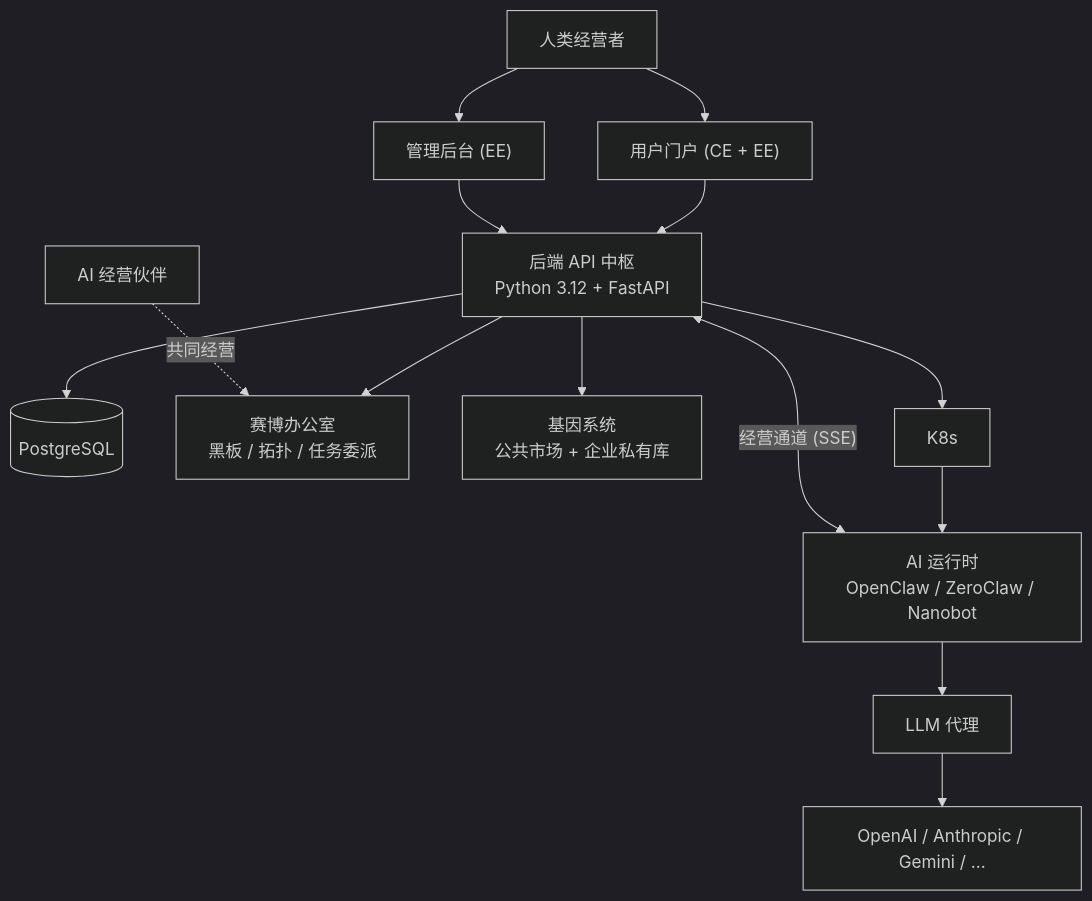
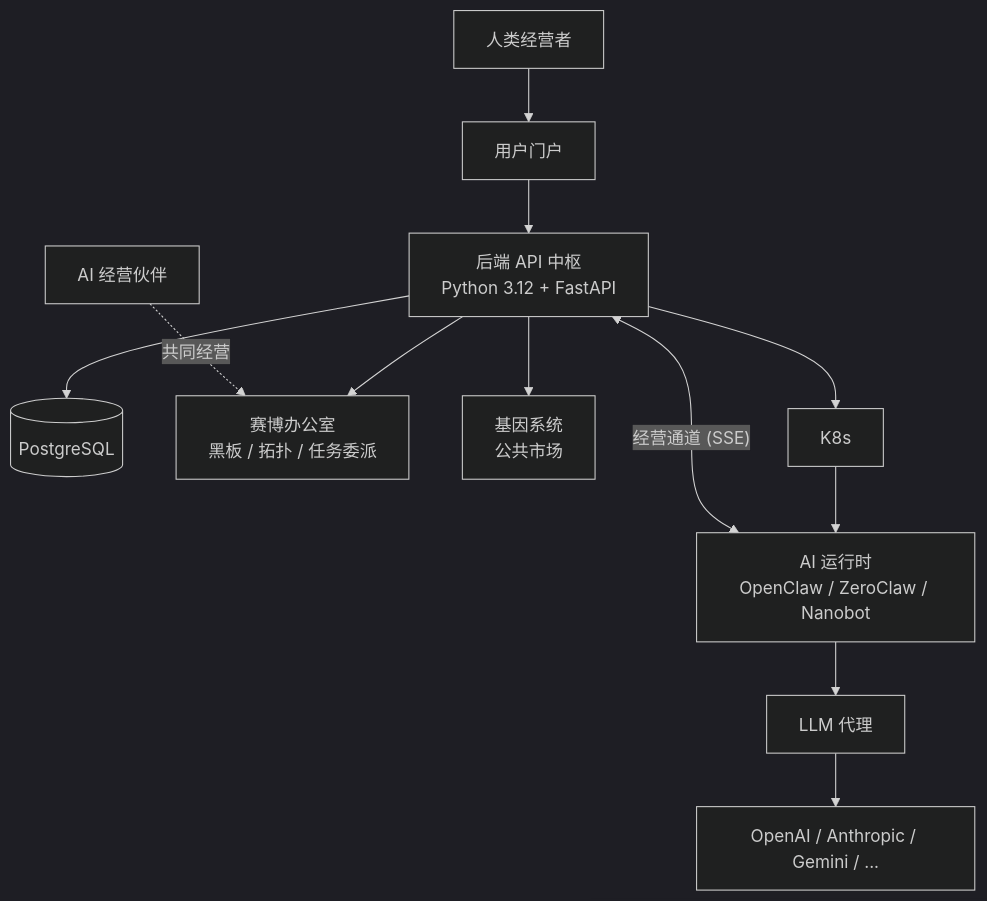
Before and after one commit to fengqiliang93/nodeskclaw: the diagram in README.zh-CN.md, drawn with Mermaid (dark theme). The commit also changed other lines of this file and 1 other file, not shown here.

````diff
--- a/README.zh-CN.md
+++ b/README.zh-CN.md
@@ -58,18 +42,16 @@
 ```mermaid
 graph TD
-    Human["人类经营者"] --> Portal["用户门户 (CE + EE)"]
-    Human --> AdminUI["管理后台 (EE)"]
+    Human["人类经营者"] --> Portal["用户门户"]
     Portal --> API["后端 API 中枢<br>Python 3.12 + FastAPI"]
-    AdminUI --> API
 
     API --> DB[(PostgreSQL)]
     API --> CW["赛博办公室<br>黑板 / 拓扑 / 任务委派"]
-    API --> Gene["基因系统<br>公共市场 + 企业私有库"]
+    API --> Gene["基因系统<br>公共市场"]
     API --> Compute["K8s"]
 
     Compute --> Runtime["AI 运行时<br>OpenClaw / ZeroClaw / Nanobot"]
     Runtime <-->|"经营通道 (SSE)"| API
     Runtime --> LLM["LLM 代理"] --> Providers["OpenAI / Anthropic / Gemini / ..."]
 
     AIPartners["AI 经营伙伴"] -.->|"共同经营"| CW
 ```
````
